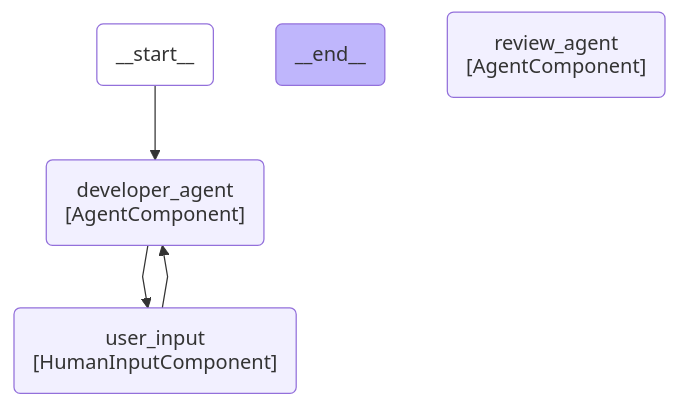
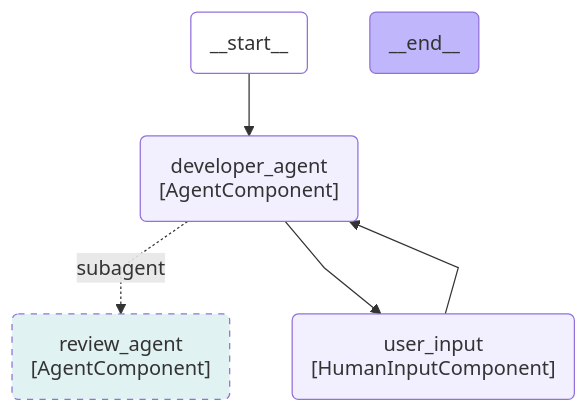
One commit to movax01h/ai-gateway changed diagram 22 of 45 in docs/duo_workflow_service_graphs.md. Above: the diagram before and after it, drawn with Mermaid. The commit also changed other lines of this file and 1 other file, not shown here.

Commit message:
fix: handle subagents in graph doc

````diff
--- a/docs/duo_workflow_service_graphs.md
+++ b/docs/duo_workflow_service_graphs.md
@@ -592,19 +594,21 @@
 ```mermaid
 ---
 config:
     flowchart:
         curve: linear
 ---
 graph TD;
     __start__(__start__):::first;
     __end__(__end__):::last;
     __start__ --> developer_agent;
     developer_agent(developer_agent<br>#91;AgentComponent#93;);
-    review_agent(review_agent<br>#91;AgentComponent#93;);
+    review_agent(review_agent<br>#91;AgentComponent#93;):::subagent;
     user_input(user_input<br>#91;HumanInputComponent#93;);
+    developer_agent -.->|"subagent"| review_agent;
     developer_agent --> user_input;
     user_input --> developer_agent;
     classDef default fill:#f2f0ff,line-height:1.2;
     classDef first fill-opacity:0;
     classDef last fill:#bfb6fc;
+    classDef subagent fill:#e0f2f1,stroke-dasharray:5 5;
 ```
````
